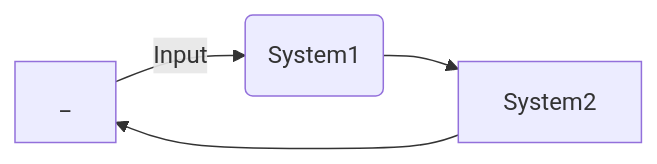
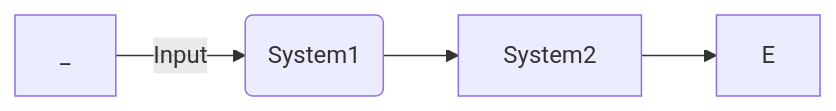
Before and after one commit to setrar/dsp: the third of 3 diagrams in signal-processing/kutz/5/README.md, drawn with Mermaid.

````diff
--- a/signal-processing/kutz/5/README.md
+++ b/signal-processing/kutz/5/README.md
@@ -54,7 +54,7 @@
 ```mermaid
 flowchart LR
 
 _ -->|Input| C(System1)
 C --> D[System2]
-D --> _
+D --> E
 ```
````
